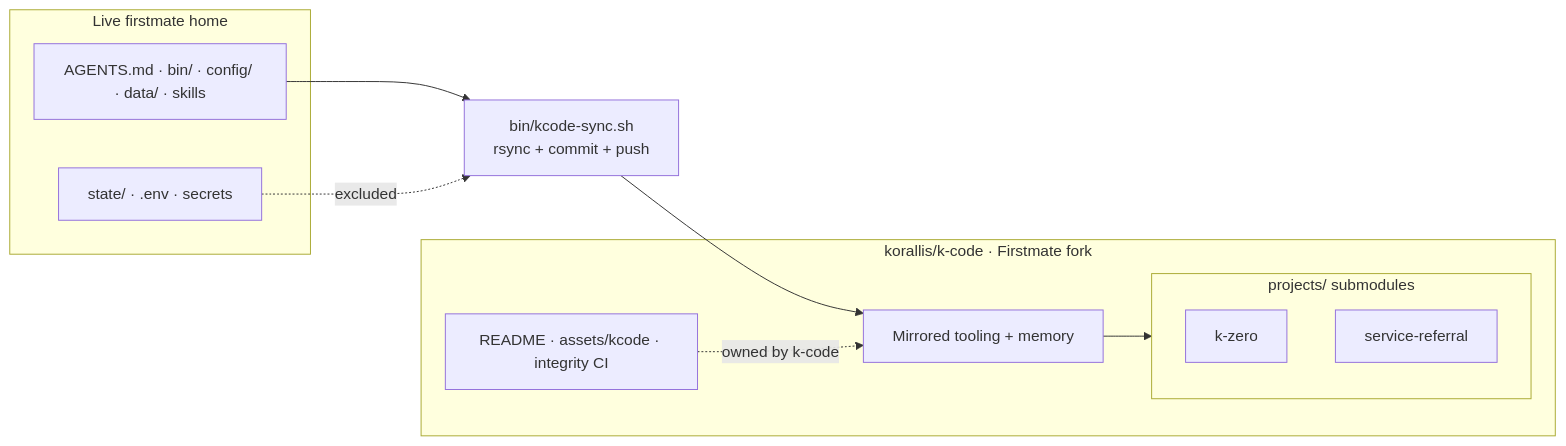
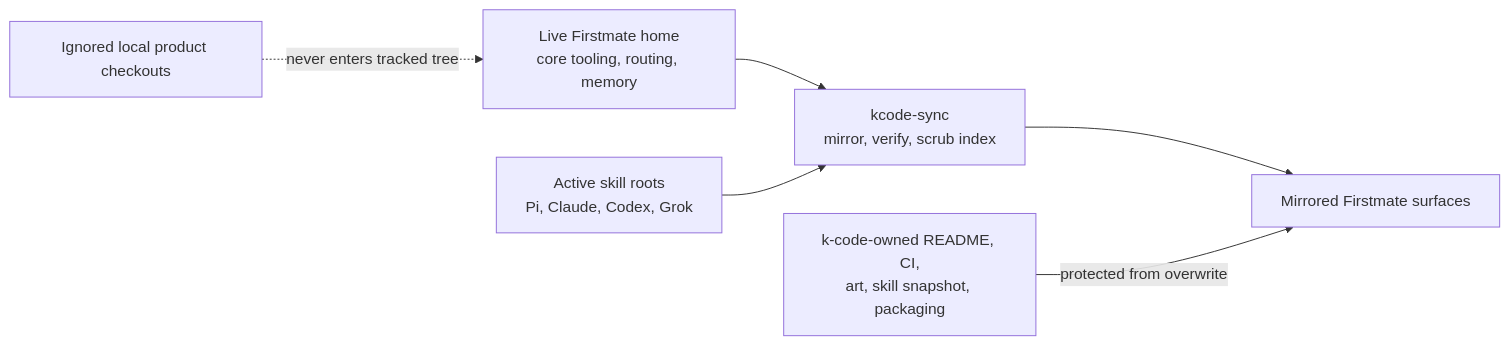
Before and after one commit to korallis/k-code: the diagram in README.md, drawn with Mermaid. The commit also changed other lines of this file and 632 other files, not shown here.

First line of the commit message:
feat: add portable k-code skill snapshots (#1)

````diff
--- a/README.md
+++ b/README.md
@@ -141,24 +166,15 @@
 ```mermaid
 flowchart LR
-  subgraph Live["Live firstmate home"]
-    FM[AGENTS.md · bin/ · config/ · data/ · skills]
-    ST[state/ · .env · secrets]
-  end
+  LIVE["Live Firstmate home<br/>core tooling, routing, memory"]
+  ROOTS["Active skill roots<br/>Pi, Claude, Codex, Grok"]
+  SYNC["kcode-sync<br/>mirror, verify, scrub index"]
+  MIRROR["Mirrored Firstmate surfaces"]
+  OWNED["k-code-owned README, CI,<br/>art, skill snapshot, packaging"]
+  LOCAL["Ignored local product checkouts"]
 
-  SYNC["bin/kcode-sync.sh\nrsync + commit + push"]
-
-  subgraph Fork["korallis/k-code · Firstmate fork"]
-    KC[Mirrored tooling + memory]
-    OWN[README · assets/kcode · integrity CI]
-    subgraph Projects["projects/ submodules"]
-      KZ[k-zero]
-      SR[service-referral]
-    end
-  end
-
-  FM --> SYNC
-  ST -.->|excluded| SYNC
-  SYNC --> KC
-  OWN -.->|owned by k-code| KC
-  KC --> Projects
+  LIVE --> SYNC
+  ROOTS --> SYNC
+  SYNC --> MIRROR
+  OWNED -->|protected from overwrite| MIRROR
+  LOCAL -.->|never enters tracked tree| LIVE
 ```
````
